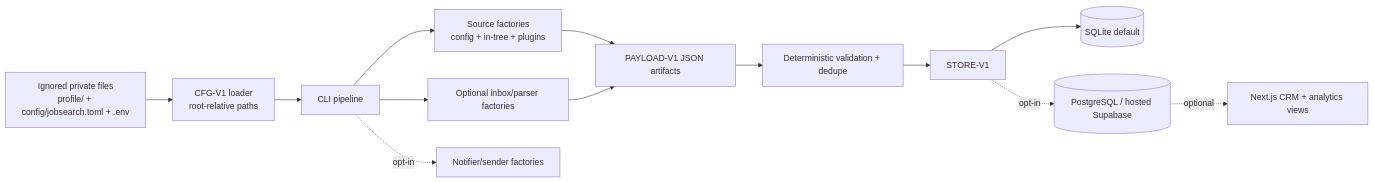
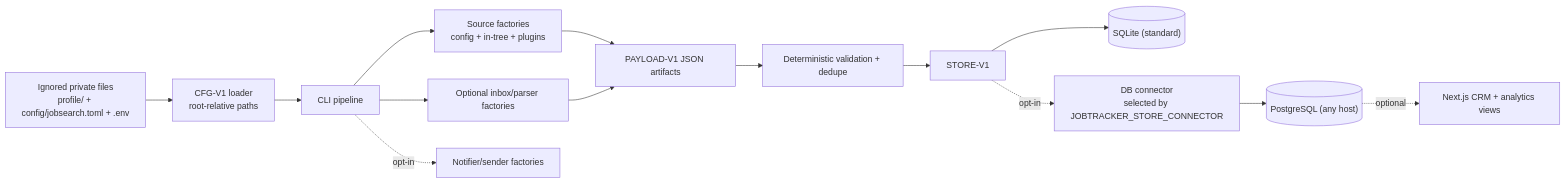
The first of 3 diagrams in Docs/architecture.md (the-dmytro/jobsearch-toolchain), drawn with Mermaid before and after one commit. The commit also changed other lines of this file and 37 other files, not shown here.

````diff
--- a/Docs/architecture.md
+++ b/Docs/architecture.md
@@ -9,15 +9,16 @@
 ```mermaid
 flowchart LR
   Private["Ignored private files<br/>profile/ + config/jobsearch.toml + .env"] --> Config["CFG-V1 loader<br/>root-relative paths"]
   Config --> Run["CLI pipeline"]
   Run --> Sources["Source factories<br/>config + in-tree + plugins"]
   Run --> Mail["Optional inbox/parser factories"]
   Sources --> Payload["PAYLOAD-V1 JSON artifacts"]
   Mail --> Payload
   Payload --> Dedupe["Deterministic validation + dedupe"]
   Dedupe --> Store["STORE-V1"]
-  Store --> SQLite[("SQLite default")]
-  Store -. opt-in .-> PG[("PostgreSQL / hosted Supabase")]
+  Store --> SQLite[("SQLite (standard)")]
+  Store -. opt-in .-> Connector["DB connector<br/>selected by JOBTRACKER_STORE_CONNECTOR"]
+  Connector --> PG[("PostgreSQL (any host)")]
   Run -. opt-in .-> Notify["Notifier/sender factories"]
   PG -. optional .-> CRM["Next.js CRM + analytics views"]
 ```
````
